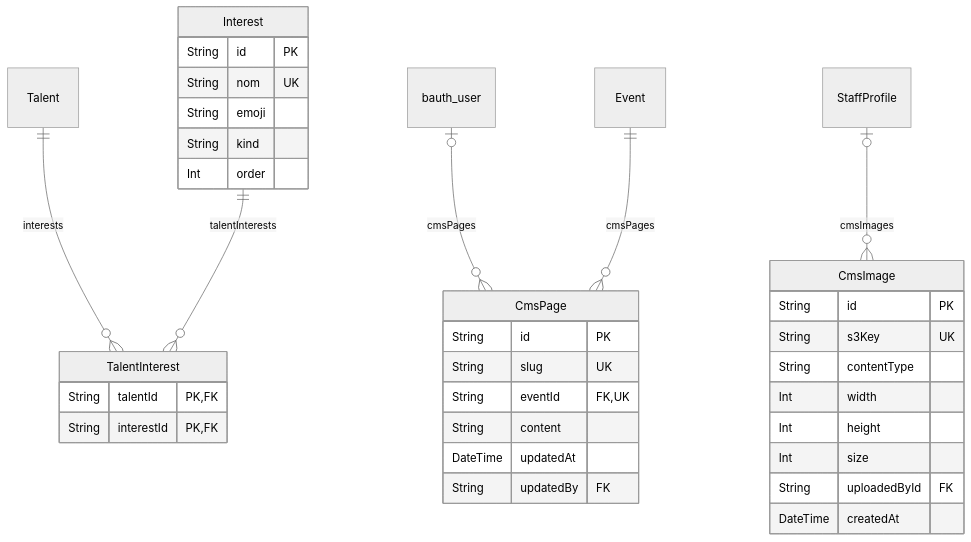
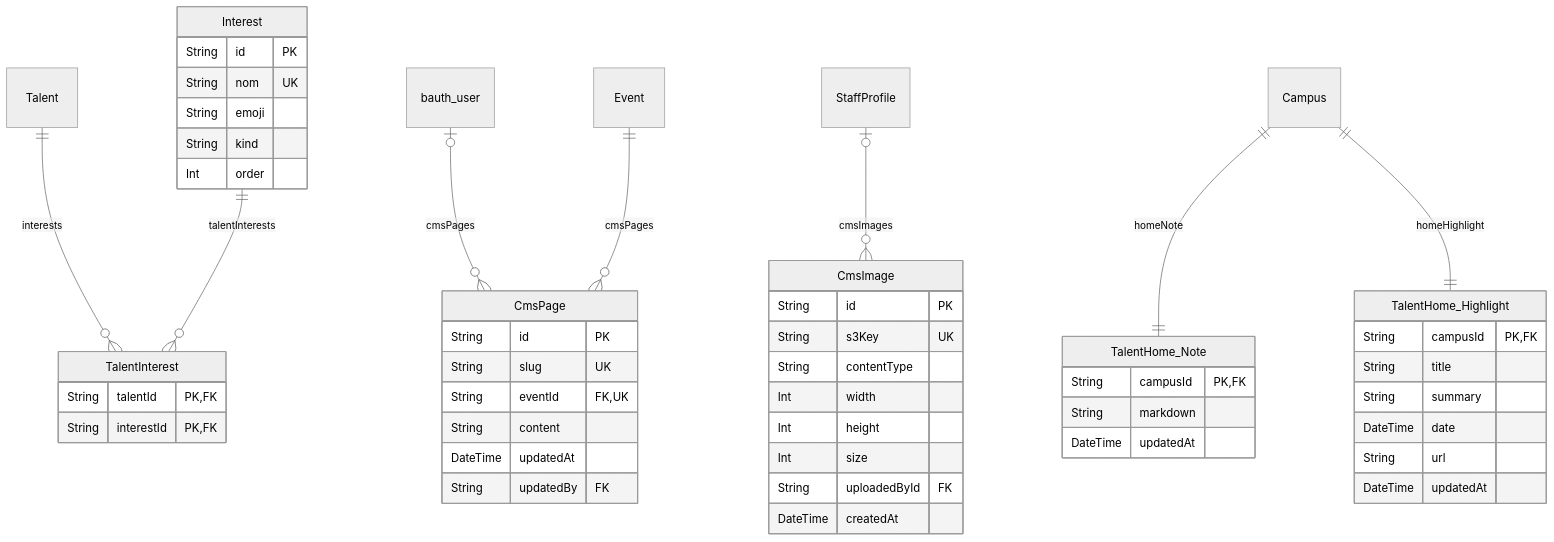
The tenth of 13 diagrams in frontend/docs/database.md (Manta-Epitech-Academy/jump), drawn with Mermaid (neutral theme) before and after one commit. The commit also changed other lines of this file and 19 other files, not shown here.

````diff
--- a/frontend/docs/database.md
+++ b/frontend/docs/database.md
@@ -910,45 +910,62 @@
 ```mermaid
 erDiagram
   CmsPage {
     String id PK
     String slug UK
     String eventId FK,UK
     String content
     DateTime updatedAt
     String updatedBy FK
   }
   CmsImage {
     String id PK
     String s3Key UK
     String contentType
     Int width
     Int height
     Int size
     String uploadedById FK
     DateTime createdAt
   }
+  TalentHome_Note {
+    String campusId PK,FK
+    String markdown
+    DateTime updatedAt
+  }
+  TalentHome_Highlight {
+    String campusId PK,FK
+    String title
+    String summary
+    DateTime date
+    String url
+    DateTime updatedAt
+  }
   Interest {
     String id PK
     String nom UK
     String emoji
     String kind
     Int order
   }
   TalentInterest {
     String talentId PK,FK
     String interestId PK,FK
   }
   bauth_user {
   }
   StaffProfile {
   }
   Talent {
   }
+  Campus {
+  }
   Event {
   }
   bauth_user |o--o{ CmsPage : "cmsPages"
   StaffProfile |o--o{ CmsImage : "cmsImages"
   Talent ||--o{ TalentInterest : "interests"
+  Campus ||--|| TalentHome_Note : "homeNote"
+  Campus ||--|| TalentHome_Highlight : "homeHighlight"
   Event ||--o{ CmsPage : "cmsPages"
   Interest ||--o{ TalentInterest : "talentInterests"
 ```
````
